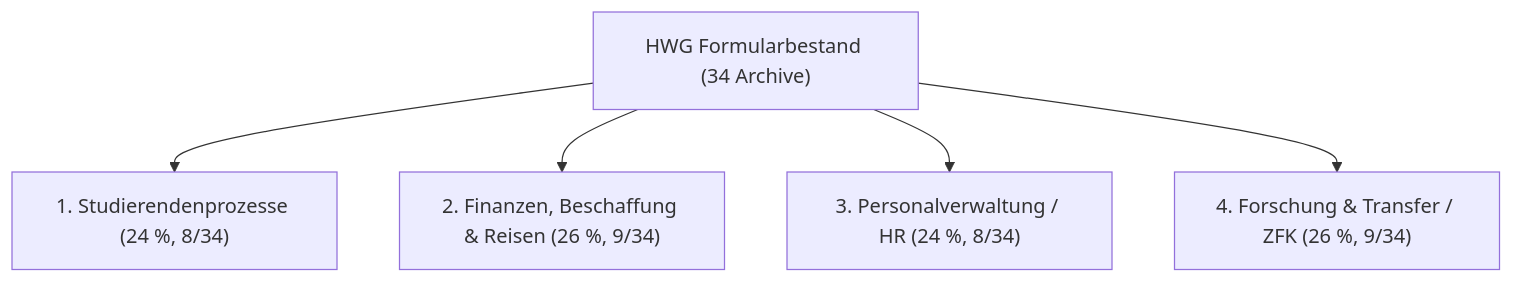
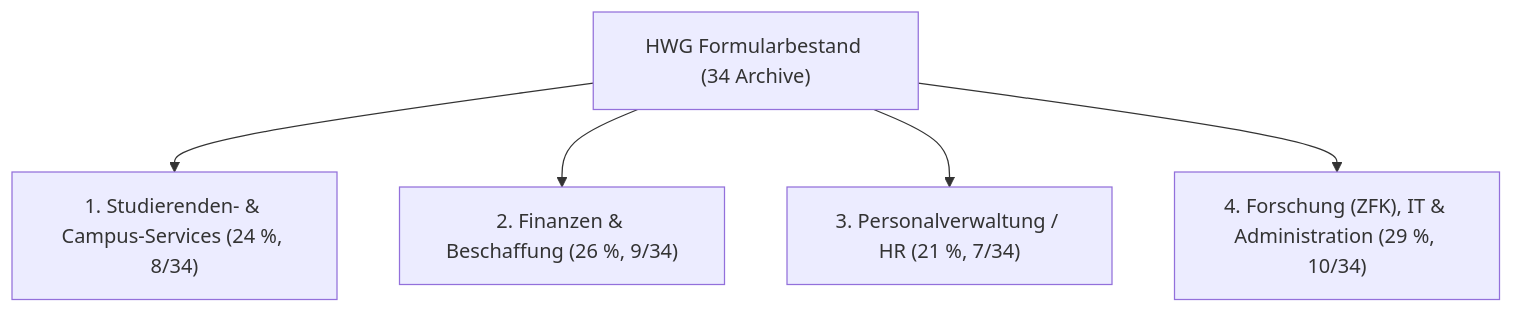
The diagram in docs/IST_ANALYSE_HWG.md (fotiosl/bachelor-thesis-hwg-formcycle), drawn with Mermaid before and after one commit. The commit also changed other lines of this file and 29 other files, not shown here.

````diff
--- a/docs/IST_ANALYSE_HWG.md
+++ b/docs/IST_ANALYSE_HWG.md
@@ -15,7 +15,7 @@
 ```mermaid
 graph TD
-    A["HWG Formularbestand (34 Archive)"] --> B["1. Studierendenprozesse (24 %, 8/34)"]
-    A --> C["2. Finanzen, Beschaffung & Reisen (26 %, 9/34)"]
-    A --> D["3. Personalverwaltung / HR (24 %, 8/34)"]
-    A --> E["4. Forschung & Transfer / ZFK (26 %, 9/34)"]
+    A["HWG Formularbestand (34 Archive)"] --> B["1. Studierenden- & Campus-Services (24 %, 8/34)"]
+    A --> C["2. Finanzen & Beschaffung (26 %, 9/34)"]
+    A --> D["3. Personalverwaltung / HR (21 %, 7/34)"]
+    A --> E["4. Forschung (ZFK), IT & Administration (29 %, 10/34)"]
 ```
````
